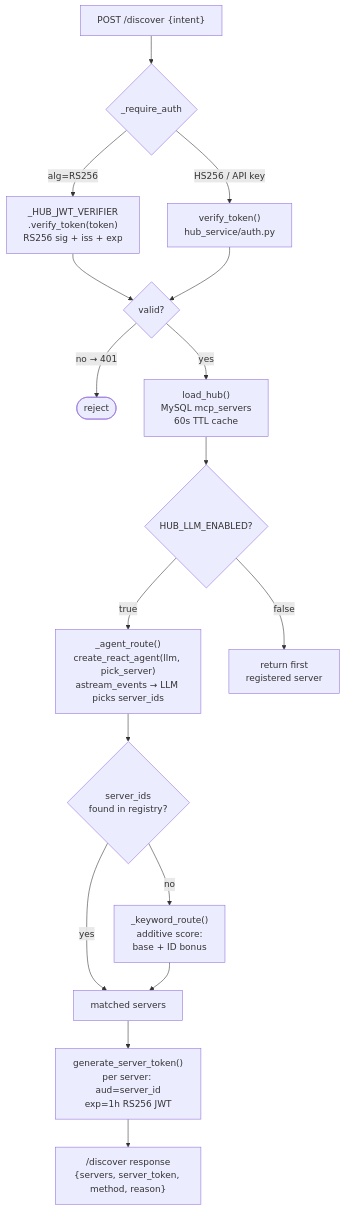
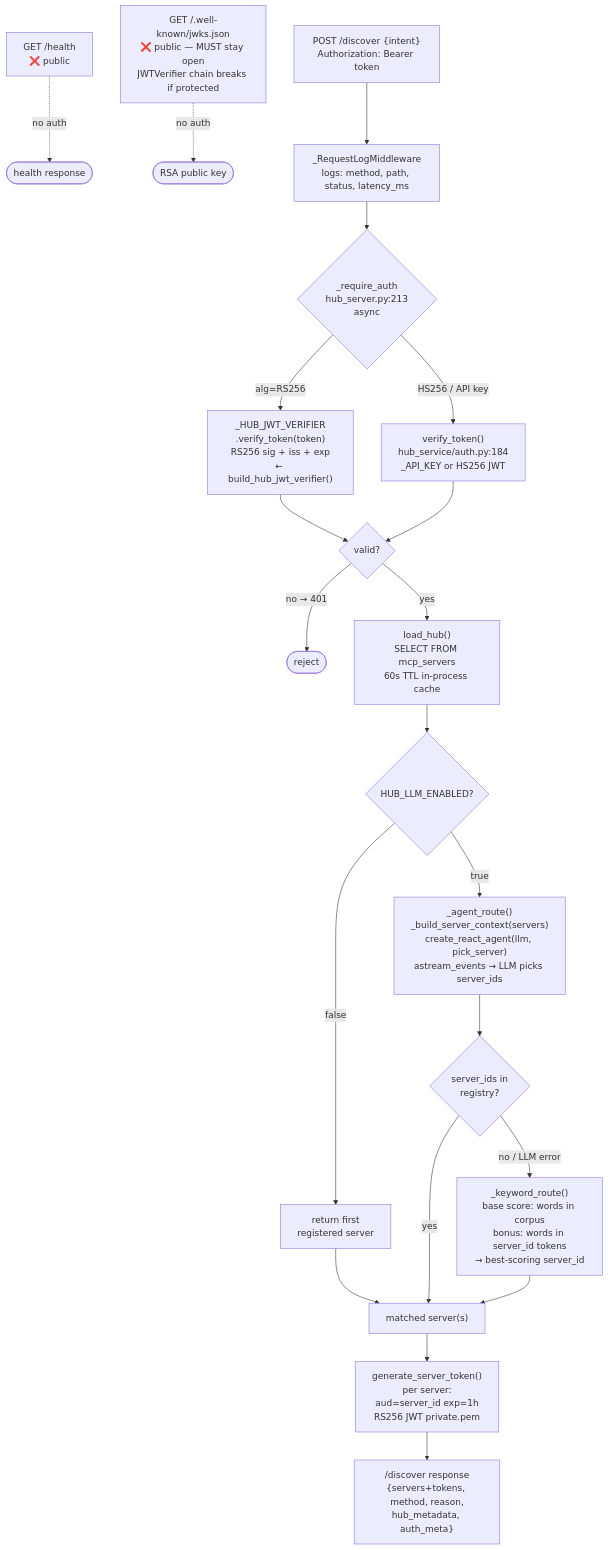
Before and after one commit to manojchevula-acc/agent-mesh: the third of 4 diagrams in CALL_GRAPH.md, drawn with Mermaid. The commit also changed other lines of this file, not shown here.

````diff
--- a/CALL_GRAPH.md
+++ b/CALL_GRAPH.md
@@ -259,19 +474,36 @@
 ```mermaid
 flowchart TD
-    A["POST /discover {intent}"] --> B{_require_auth}
-    B -- "alg=RS256" --> C["_HUB_JWT_VERIFIER\n.verify_token(token)\nRS256 sig + iss + exp"]
-    B -- "HS256 / API key" --> D["verify_token()\nhub_service/auth.py"]
+    PUB1["GET /health\n❌ public"] -.->|"no auth"| HEALTH([health response])
+    PUB2["GET /.well-known/jwks.json\n❌ public — MUST stay open\nJWTVerifier chain breaks if protected"] -.->|"no auth"| JWKS([RSA public key])
+
+    A["POST /discover {intent}\nAuthorization: Bearer token"] --> MW
+    MW["_RequestLogMiddleware\nlogs: method, path, status, latency_ms"] --> B
+
+    B{_require_auth\nhub_server.py:213\nasync} -- "alg=RS256" --> C
+    B -- "HS256 / API key" --> D
+    C["_HUB_JWT_VERIFIER\n.verify_token(token)\nRS256 sig + iss + exp\n← build_hub_jwt_verifier()"]
+    D["verify_token()\nhub_service/auth.py:184\n_API_KEY or HS256 JWT"]
     C --> E{valid?}
     D --> E
     E -- "no → 401" --> Z([reject])
-    E -- "yes" --> F["load_hub()\nMySQL mcp_servers\n60s TTL cache"]
+    E -- "yes" --> F
+
+    F["load_hub()\nSELECT FROM mcp_servers\n60s TTL in-process cache"]
     F --> G{HUB_LLM_ENABLED?}
-    G -- "true" --> H["_agent_route()\ncreate_react_agent(llm, pick_server)\nastream_events → LLM picks server_ids"]
+
+    G -- "true" --> H
+    H["_agent_route()\n_build_server_context(servers)\ncreate_react_agent(llm, pick_server)\nastream_events → LLM picks server_ids"]
+    H --> J{server_ids in\nregistry?}
+
     G -- "false" --> I["return first\nregistered server"]
-    H --> J{server_ids\nfound in registry?}
-    J -- "no" --> K["_keyword_route()\nadditive score:\nbase + ID bonus"]
-    J -- "yes" --> L["matched servers"]
+    I --> L
+
+    J -- "yes" --> L
+    J -- "no / LLM error" --> K
+    K["_keyword_route()\nbase score: words in corpus\nbonus: words in server_id tokens\n→ best-scoring server_id"]
     K --> L
-    L --> M["generate_server_token()\nper server: aud=server_id\nexp=1h RS256 JWT"]
-    M --> N["/discover response\n{servers, server_token, method, reason}"]
+
+    L["matched server(s)"]
+    L --> M["generate_server_token()\nper server:\naud=server_id  exp=1h\nRS256 JWT  private.pem"]
+    M --> N["/discover response\n{servers+tokens, method, reason,\nhub_metadata, auth_meta}"]
 ```
````
